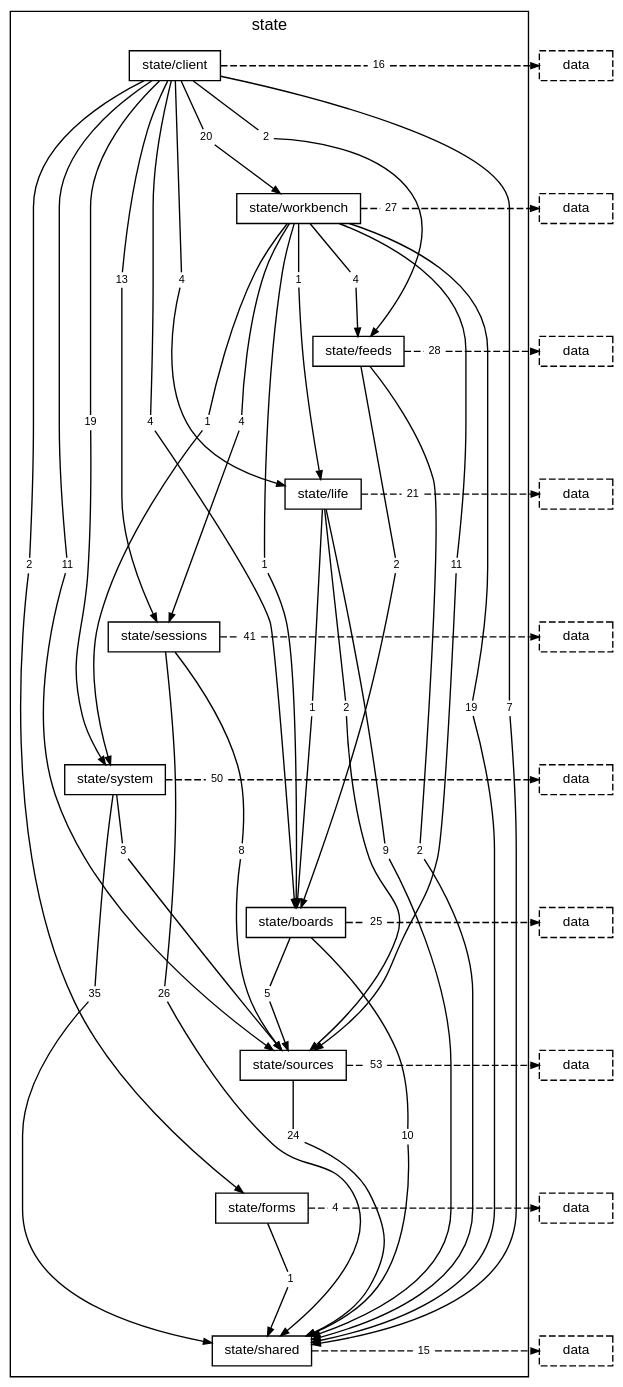
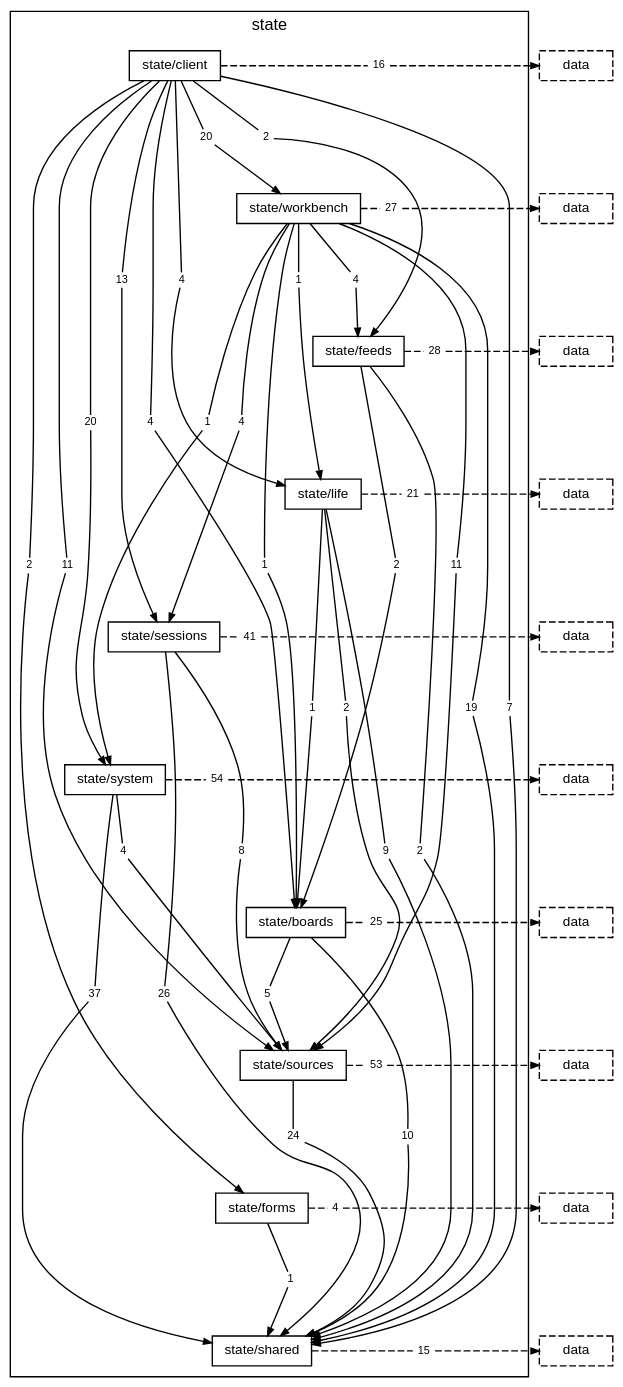
The diagram in docs/diagrams/layer-state.dot (TheAxeC/oculus), drawn with Graphviz before and after one commit. The commit also changed 106 other files, not shown here.

```diff
--- a/docs/diagrams/layer-state.dot
+++ b/docs/diagrams/layer-state.dot
@@ -21,7 +21,7 @@
         "folder state/client to folder state/sessions" [label="13", shape=box, color="transparent", fontsize=8, width=0, height=0, margin="0.04,0.02"];
         "folder state/client to folder state/shared" [label="7", shape=box, color="transparent", fontsize=8, width=0, height=0, margin="0.04,0.02"];
         "folder state/client to folder state/sources" [label="11", shape=box, color="transparent", fontsize=8, width=0, height=0, margin="0.04,0.02"];
-        "folder state/client to folder state/system" [label="19", shape=box, color="transparent", fontsize=8, width=0, height=0, margin="0.04,0.02"];
+        "folder state/client to folder state/system" [label="20", shape=box, color="transparent", fontsize=8, width=0, height=0, margin="0.04,0.02"];
         "folder state/client to folder state/workbench" [label="20", shape=box, color="transparent", fontsize=8, width=0, height=0, margin="0.04,0.02"];
         "folder state/client to layer data" [label="16", shape=box, color="transparent", fontsize=8, width=0, height=0, margin="0.04,0.02"];
         "folder state/workbench to folder state/boards" [label="1", shape=box, color="transparent", fontsize=8, width=0, height=0, margin="0.04,0.02"];
@@ -42,9 +42,9 @@
         "folder state/sessions to folder state/shared" [label="26", shape=box, color="transparent", fontsize=8, width=0, height=0, margin="0.04,0.02"];
         "folder state/sessions to folder state/sources" [label="8", shape=box, color="transparent", fontsize=8, width=0, height=0, margin="0.04,0.02"];
         "folder state/sessions to layer data" [label="41", shape=box, color="transparent", fontsize=8, width=0, height=0, margin="0.04,0.02"];
-        "folder state/system to folder state/shared" [label="35", shape=box, color="transparent", fontsize=8, width=0, height=0, margin="0.04,0.02"];
-        "folder state/system to folder state/sources" [label="3", shape=box, color="transparent", fontsize=8, width=0, height=0, margin="0.04,0.02"];
-        "folder state/system to layer data" [label="50", shape=box, color="transparent", fontsize=8, width=0, height=0, margin="0.04,0.02"];
+        "folder state/system to folder state/shared" [label="37", shape=box, color="transparent", fontsize=8, width=0, height=0, margin="0.04,0.02"];
+        "folder state/system to folder state/sources" [label="4", shape=box, color="transparent", fontsize=8, width=0, height=0, margin="0.04,0.02"];
+        "folder state/system to layer data" [label="54", shape=box, color="transparent", fontsize=8, width=0, height=0, margin="0.04,0.02"];
         "folder state/boards to folder state/shared" [label="10", shape=box, color="transparent", fontsize=8, width=0, height=0, margin="0.04,0.02"];
         "folder state/boards to folder state/sources" [label="5", shape=box, color="transparent", fontsize=8, width=0, height=0, margin="0.04,0.02"];
         "folder state/boards to layer data" [label="25", shape=box, color="transparent", fontsize=8, width=0, height=0, margin="0.04,0.02"];
```
